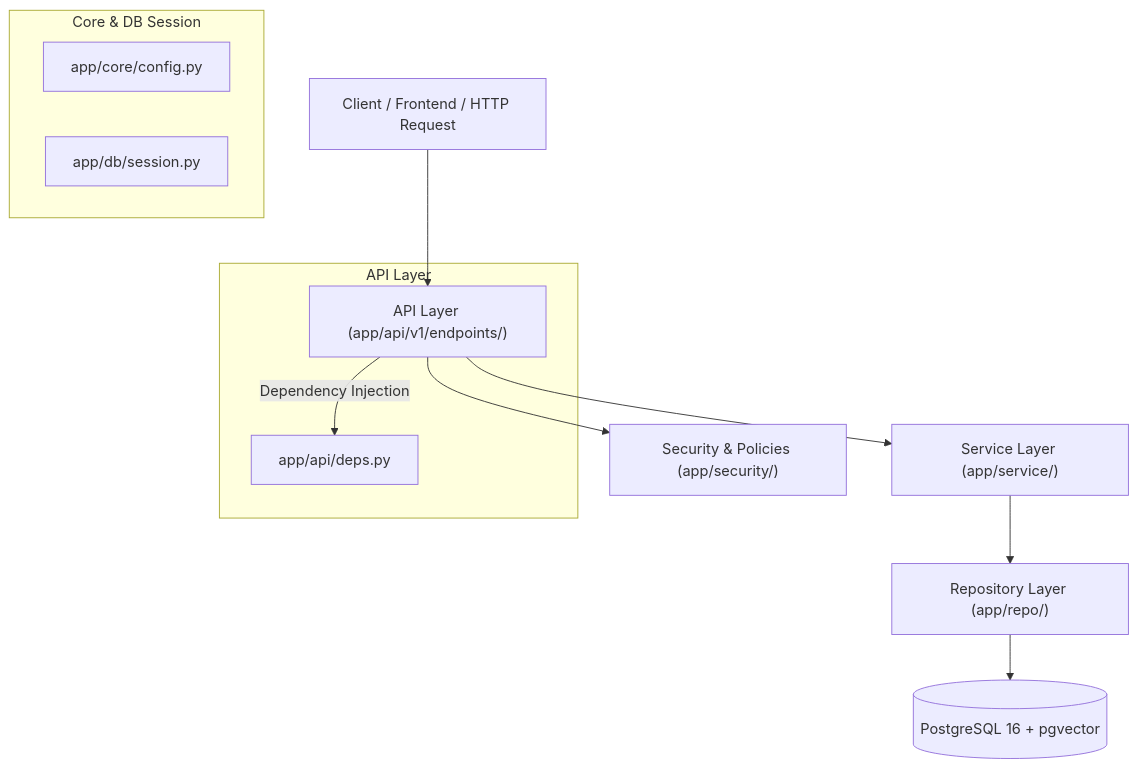
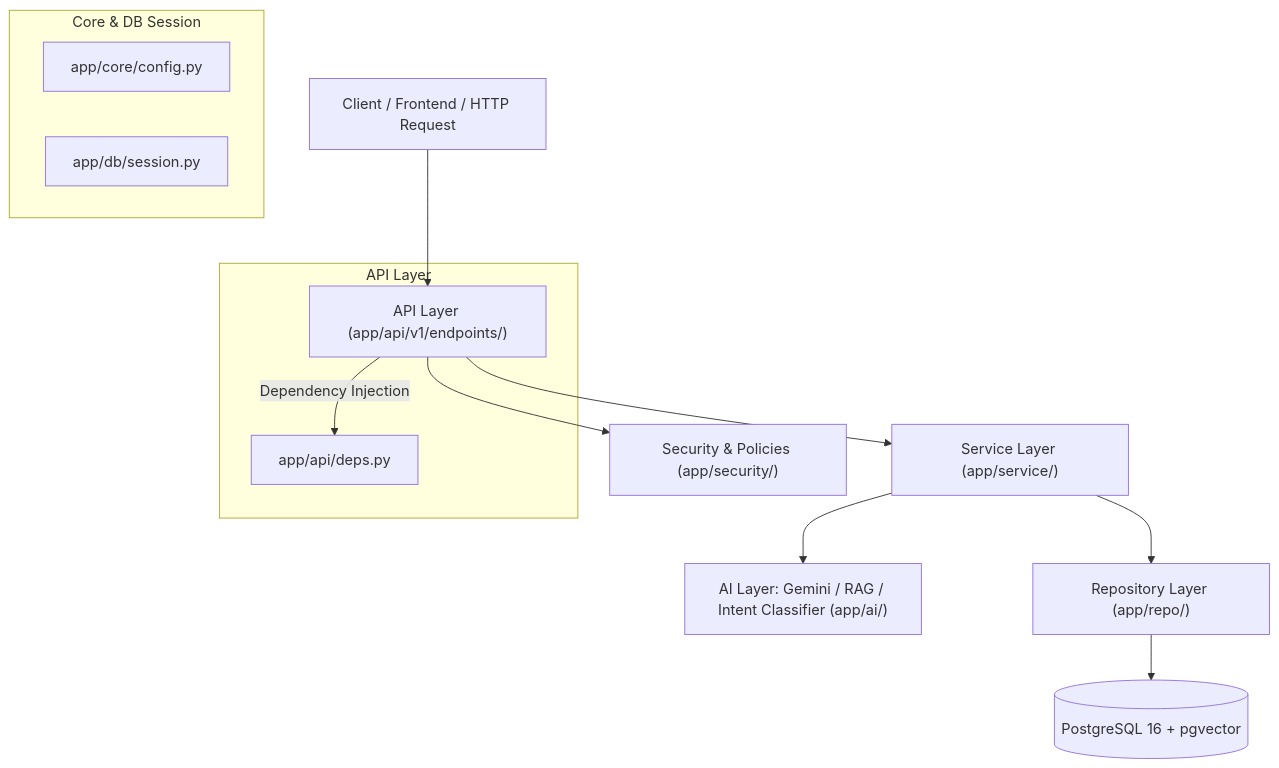
Before and after one commit to hmanh99/helpdesk_ai: the first of 2 diagrams in backend/README.md, drawn with Mermaid. The commit also changed other lines of this file and 51 other files, not shown here.

````diff
--- a/backend/README.md
+++ b/backend/README.md
@@ -11,17 +11,18 @@
 ```mermaid
 flowchart TD
     Client["Client / Frontend / HTTP Request"] --> API["API Layer (app/api/v1/endpoints/)"]
     API --> Security["Security & Policies (app/security/)"]
     API --> Services["Service Layer (app/service/)"]
+    Services --> AI["AI Layer: Gemini / RAG / Intent Classifier (app/ai/)"]
     Services --> Repos["Repository Layer (app/repo/)"]
     Repos --> DB[("PostgreSQL 16 + pgvector")]
 
     subgraph "API Layer"
         API -->|Dependency Injection| Deps["app/api/deps.py"]
     end
 
     subgraph "Core & DB Session"
         Config["app/core/config.py"]
         Session["app/db/session.py"]
     end
 ```
````
